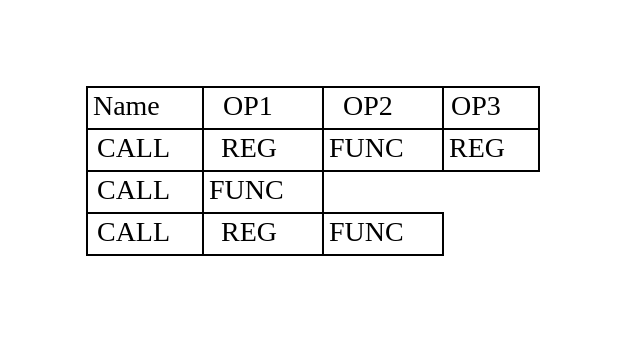
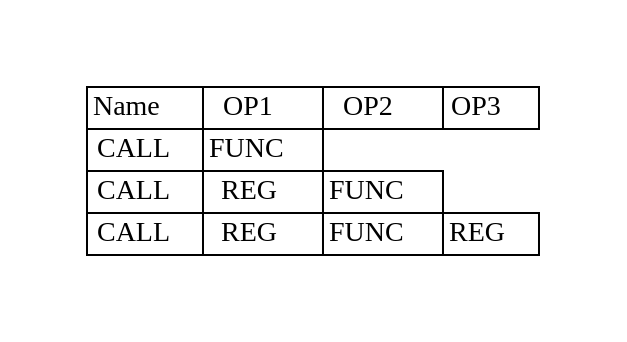
Before and after one commit to adesutherland/CREXX: the diagram in docs/books/crexx_vm_spec/svg/call.gv, drawn with Graphviz. The commit also changed other lines of this file and 167 other files, not shown here.

```diff
--- a/docs/books/crexx_vm_spec/svg/call.gv
+++ b/docs/books/crexx_vm_spec/svg/call.gv
@@ -1,11 +1,11 @@
 digraph{
 graph [pad="0.5", nodesep="0.5", ranksep="2" ]
 node [shape=plain]
 Foo [label=<
 <table border="0" cellborder="1" cellspacing="0">
 <tr><td> Name </td> <td> OP1 </td><td> OP2 </td><td> OP3 </td> </tr>
-<tr><td> CALL </td><td> REG </td><td> FUNC </td><td> REG </td> </tr>
 <tr><td> CALL </td><td> FUNC </td> </tr>
 <tr><td> CALL </td><td> REG </td><td> FUNC </td> </tr>
+<tr><td> CALL </td><td> REG </td><td> FUNC </td><td> REG </td> </tr>
 </table>>];
 }
```
